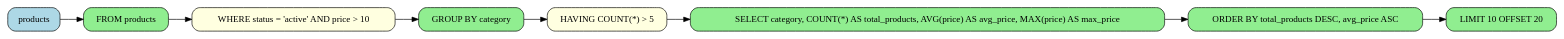
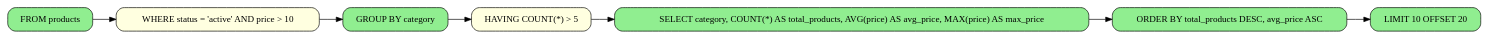
The diagram in examples/complex_query_operation.dot (rot1024/sqloflow), drawn with Graphviz before and after one commit. The commit also changed 68 other files, not shown here.

```diff
--- a/examples/complex_query_operation.dot
+++ b/examples/complex_query_operation.dot
@@ -1,23 +1,21 @@
 digraph sqloflow {
   rankdir=LR;
   node [shape=box, style=rounded];
 
   // Node definitions
-  node_0 [label="products", fillcolor=lightblue, style="filled,rounded"];
-  node_1 [label="FROM products", fillcolor=lightgreen, style="filled,rounded"];
-  node_3 [label="GROUP BY category", fillcolor=lightgreen, style="filled,rounded"];
-  node_5 [label="SELECT category, COUNT(*) AS total_products, AVG(price) AS avg_price, MAX(price) AS max_price", fillcolor=lightgreen, style="filled,rounded"];
-  node_6 [label="ORDER BY total_products DESC, avg_price ASC", fillcolor=lightgreen, style="filled,rounded"];
-  node_7 [label="LIMIT 10 OFFSET 20", fillcolor=lightgreen, style="filled,rounded"];
-  node_2 [label="WHERE status = 'active' AND price > 10", fillcolor=lightyellow, style="filled,rounded"];
-  node_4 [label="HAVING COUNT(*) > 5", fillcolor=lightyellow, style="filled,rounded"];
+  node_0 [label="FROM products", fillcolor=lightgreen, style="filled,rounded"];
+  node_2 [label="GROUP BY category", fillcolor=lightgreen, style="filled,rounded"];
+  node_4 [label="SELECT category, COUNT(*) AS total_products, AVG(price) AS avg_price, MAX(price) AS max_price", fillcolor=lightgreen, style="filled,rounded"];
+  node_5 [label="ORDER BY total_products DESC, avg_price ASC", fillcolor=lightgreen, style="filled,rounded"];
+  node_6 [label="LIMIT 10 OFFSET 20", fillcolor=lightgreen, style="filled,rounded"];
+  node_1 [label="WHERE status = 'active' AND price > 10", fillcolor=lightyellow, style="filled,rounded"];
+  node_3 [label="HAVING COUNT(*) > 5", fillcolor=lightyellow, style="filled,rounded"];
 
   // Edges
   node_0 -> node_1 [color=black];
   node_1 -> node_2 [color=black];
   node_2 -> node_3 [color=black];
   node_3 -> node_4 [color=black];
   node_4 -> node_5 [color=black];
   node_5 -> node_6 [color=black];
-  node_6 -> node_7 [color=black];
 }
```
